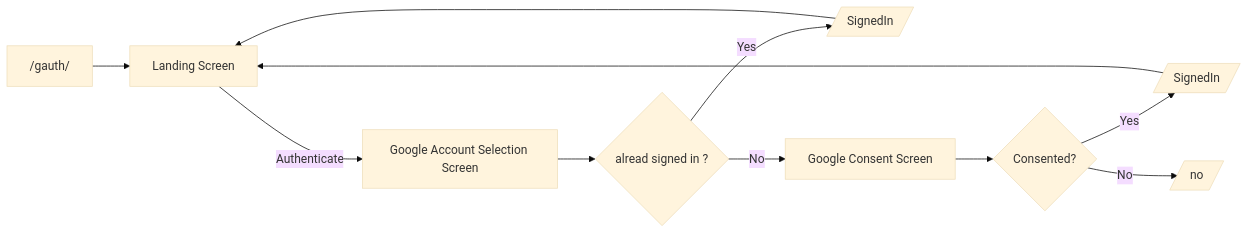
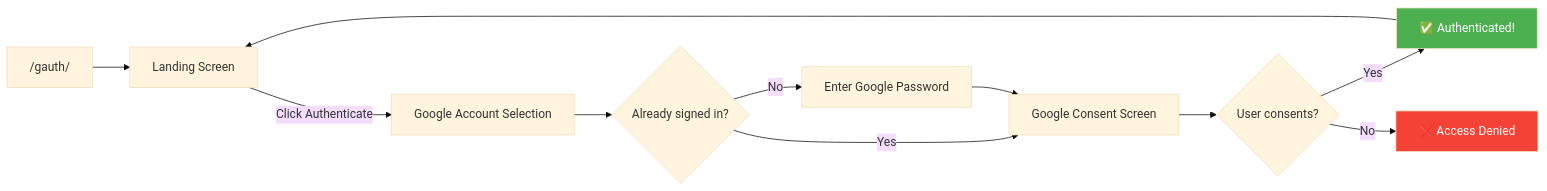
One commit to masterPiece93/django-gauth changed the first of 7 diagrams in docs/flows.md. Above: the diagram before and after it, drawn with Mermaid (base theme). The commit also changed other lines of this file and 19 other files, not shown here.

````diff
--- a/docs/flows.md
+++ b/docs/flows.md
@@ -3,14 +19,16 @@
 ```mermaid
 graph LR
-    A["/gauth/"] --> B[Landing Screen];
-    B --> |Authenticate| C[Google Account Selection Screen];
-    C --> D{alread signed in ?};
-    D --> |Yes| BA[/SignedIn/];
-    BA --> B;
-    D --> |No| F[Google Consent Screen];
-    F --> G{Consented?};
-    G --> |Yes| BB[/SignedIn/];
-    BB --> B;
-    G --> |No| BC[/no/]
-    
+    A["/gauth/"] --> B[Landing Screen]
+    B --> |"Click Authenticate"| C[Google Account Selection]
+    C --> D{Already signed in?}
+    D --> |Yes| E[Google Consent Screen]
+    D --> |No| F[Enter Google Password]
+    F --> E
+    E --> G{User consents?}
+    G --> |Yes| H[✅ Authenticated!]
+    H --> B
+    G --> |No| I[❌ Access Denied]
+
+    style H fill:#4CAF50,color:white
+    style I fill:#f44336,color:white
 ```
````
